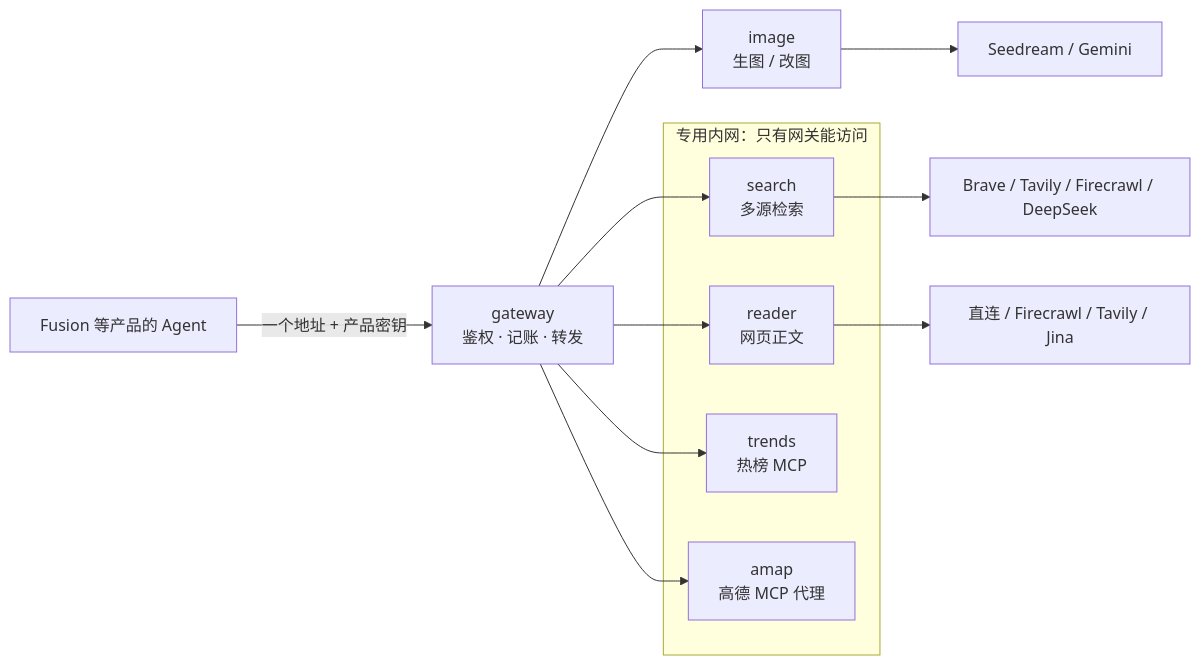
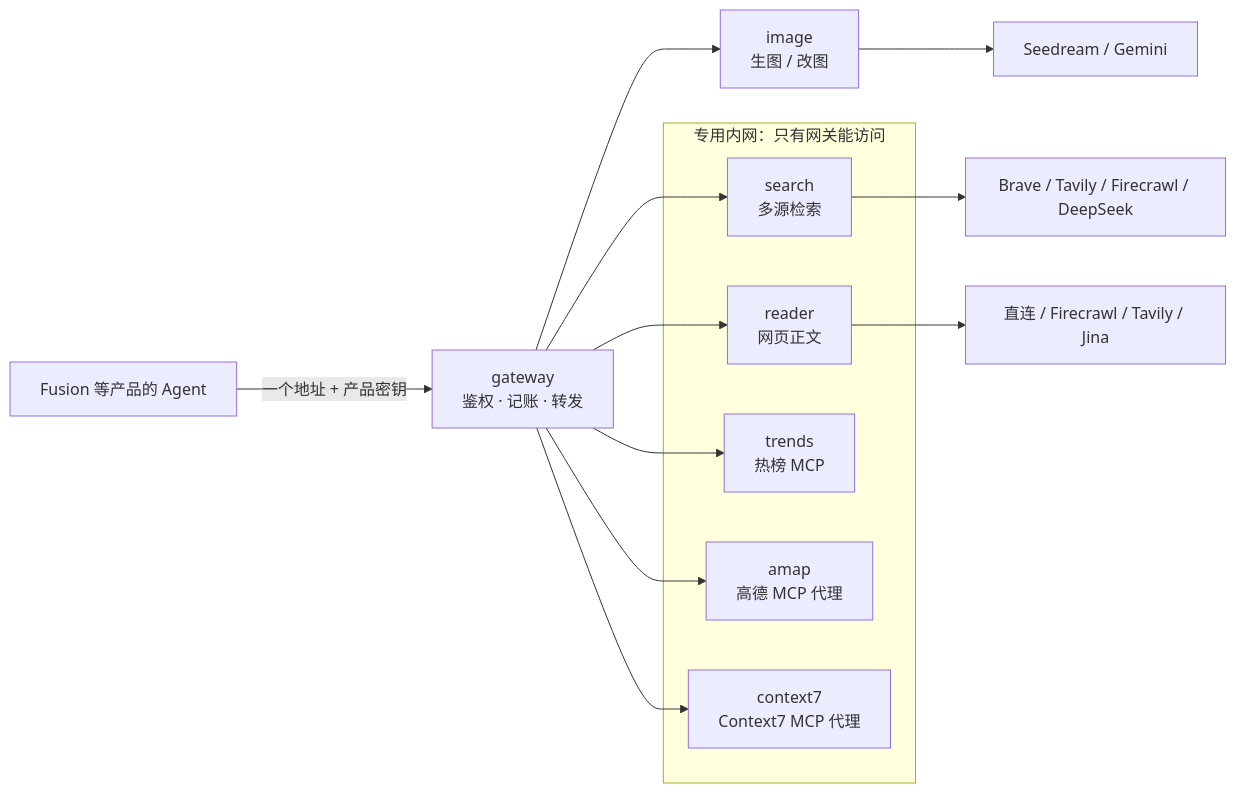
Before and after one commit to HyxiaoGe/agent-tools: the diagram in README.md, drawn with Mermaid. The commit also changed other lines of this file and 23 other files, not shown here.

First line of the commit message:
feat: 新增 Context7 MCP 代理服务，经网关 /context7/mcp 访问

````diff
--- a/README.md
+++ b/README.md
@@ -5,18 +5,20 @@
 ```mermaid
 flowchart LR
     P["Fusion 等产品的 Agent"] -->|"一个地址 + 产品密钥"| G["gateway<br/>鉴权 · 记账 · 转发"]
     G --> I["image<br/>生图 / 改图"]
     subgraph internal["专用内网：只有网关能访问"]
         S["search<br/>多源检索"]
         R["reader<br/>网页正文"]
         T["trends<br/>热榜 MCP"]
         A["amap<br/>高德 MCP 代理"]
+        C["context7<br/>Context7 MCP 代理"]
     end
     G --> S
     G --> R
     G --> T
     G --> A
+    G --> C
     I --> IP["Seedream / Gemini"]
     S --> SP["Brave / Tavily / Firecrawl / DeepSeek"]
     R --> RP["直连 / Firecrawl / Tavily / Jina"]
 ```
````
